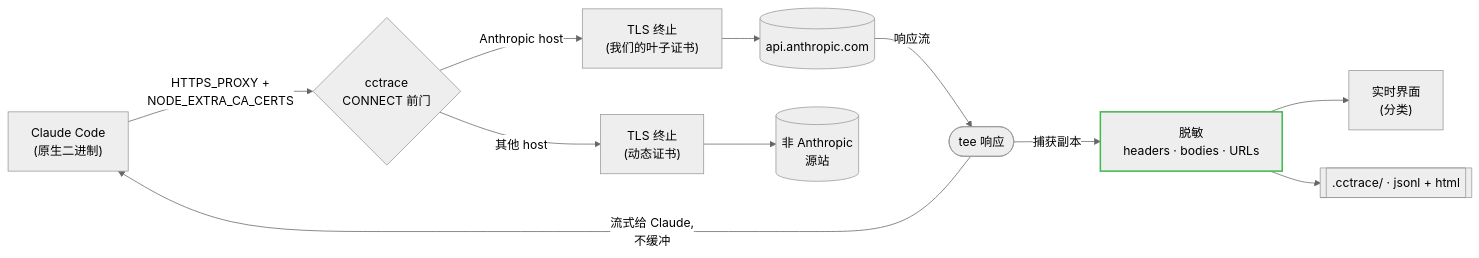
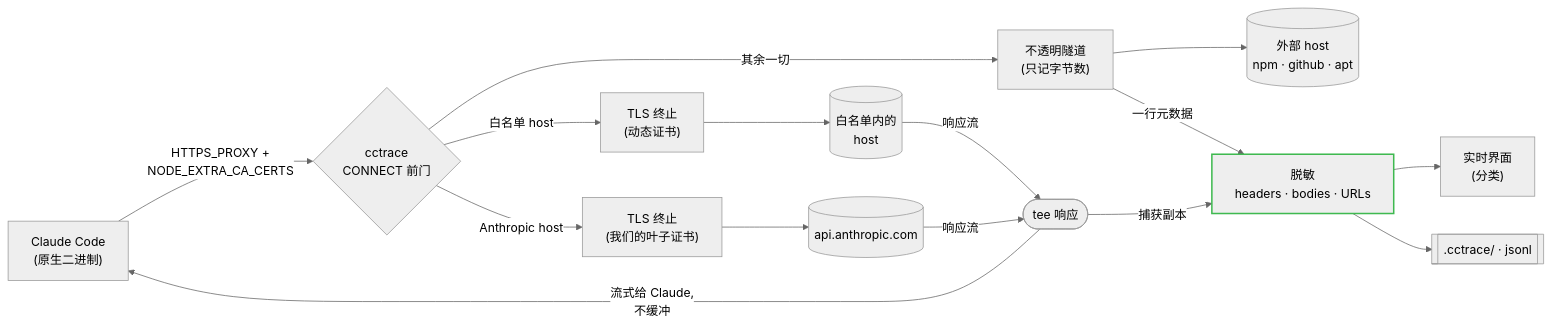
One commit to thevibeworks/cctrace changed the diagram in README.zh-CN.md. Above: the diagram before and after it, drawn with Mermaid (neutral theme). The commit also changed other lines of this file and 2 other files, not shown here.

````diff
--- a/README.zh-CN.md
+++ b/README.zh-CN.md
@@ -305,27 +335,33 @@
 ```mermaid
 flowchart LR
     CC["Claude Code<br/>(原生二进制)"]
     FD{"cctrace<br/>CONNECT 前门"}
     TLS["TLS 终止<br/>(我们的叶子证书)"]
     BT["TLS 终止<br/>(动态证书)"]
+    TUN["不透明隧道<br/>(只记字节数)"]
     API[("api.anthropic.com")]
-    ORI[("非 Anthropic<br/>源站")]
+    PIN[("白名单内的<br/>host")]
+    EXT[("外部 host<br/>npm · github · apt")]
     TEE(["tee 响应"])
     RD["脱敏<br/>headers · bodies · URLs"]
     UI["实时界面<br/>(分类)"]
-    OUT[[".cctrace/ · jsonl + html"]]
+    OUT[[".cctrace/ · jsonl"]]
 
     CC -- "HTTPS_PROXY +<br/>NODE_EXTRA_CA_CERTS" --> FD
     FD -- "Anthropic host" --> TLS
-    FD -- "其他 host" --> BT
+    FD -- "白名单 host" --> BT
+    FD -- "其余一切" --> TUN
     TLS --> API
-    BT --> ORI
+    BT --> PIN
+    TUN --> EXT
+    PIN -- "响应流" --> TEE
     API -- "响应流" --> TEE
+    TUN -- "一行元数据" --> RD
     TEE -- "流式给 Claude,<br/>不缓冲" --> CC
     TEE -- "捕获副本" --> RD
     RD --> UI
     RD --> OUT
 
     classDef accent stroke:#3fb950,stroke-width:2px;
     class RD accent
 ```
````
